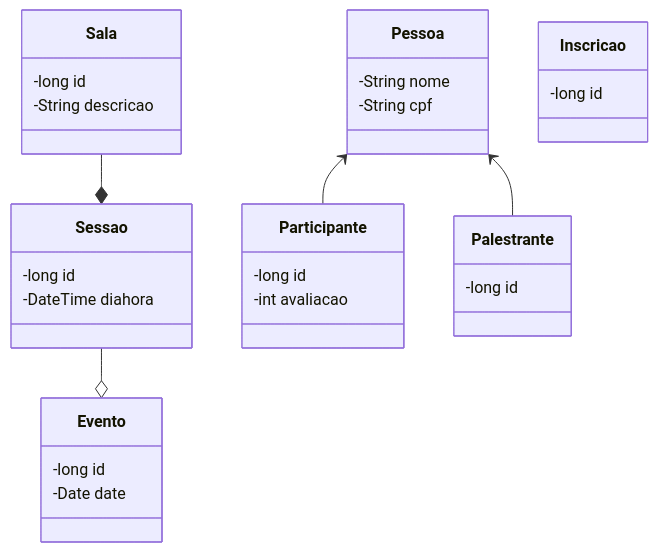
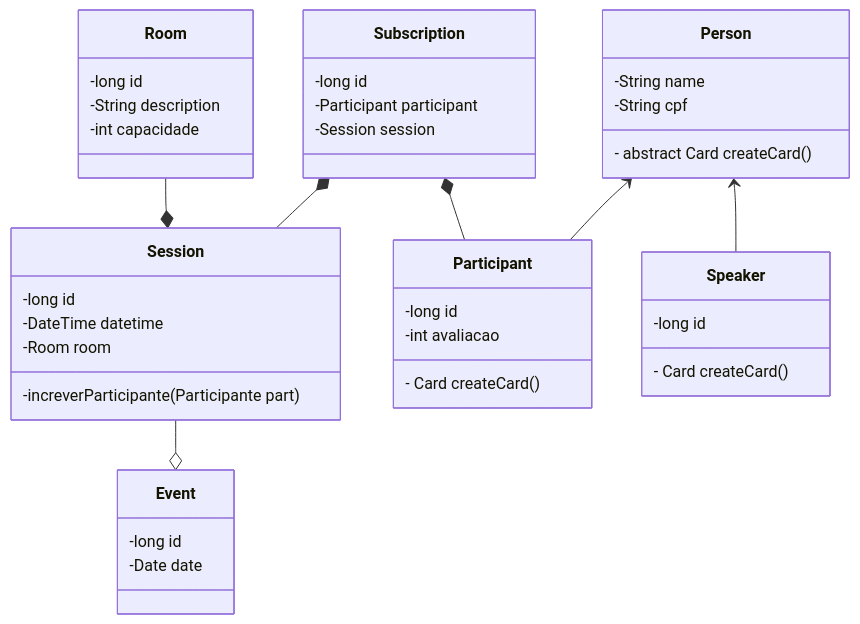
The diagram in docs/ClassDiagram.mmd (Felipe-Victorino/EventManagerJava), drawn with Mermaid before and after one commit. The commit also changed 3 other files, not shown here.

Commit message:
docs(ClassDiagram.mmd): Updated class diagram

```diff
--- a/docs/ClassDiagram.mmd
+++ b/docs/ClassDiagram.mmd
@@ -1,44 +1,59 @@
 classDiagram
 
-class Sala{
+class Room{
     -long id
-    -String descricao
+    -String description
+    -int capacidade
 }
 
-class Sessao{
+class Session{
     -long id
-    -DateTime diahora
+    -DateTime datetime
+    -Room room
+
+    -increverParticipante(Participante part)
 }
 
-class Pessoa{
-    -String nome
+class Person{
+    -String name
     -String cpf
+
+    - abstract Card createCard()
 }
 
-class Participante{
+class Participant{
     -long id
     -int avaliacao
+
+    - Card createCard()
 }
 
-class Palestrante{
+class Speaker{
     -long id
+
+    - Card createCard()
 }
 
-class Inscricao{
+class Subscription{
     -long id
+    -Participant participant
+    -Session session
 }
 
-class Evento{
+class Event{
     -long id
     -Date date
 }
 
 %% Heranças
 
-Pessoa <-- Palestrante
-Pessoa <-- Participante
+Person <-- Participant
+Person <-- Speaker
 
 %%
+Subscription *-- Participant
+Subscription *-- Session
 
-Sala --* Sessao
-Sessao --o Evento
+
+Room --* Session
+Session --o Event
```
